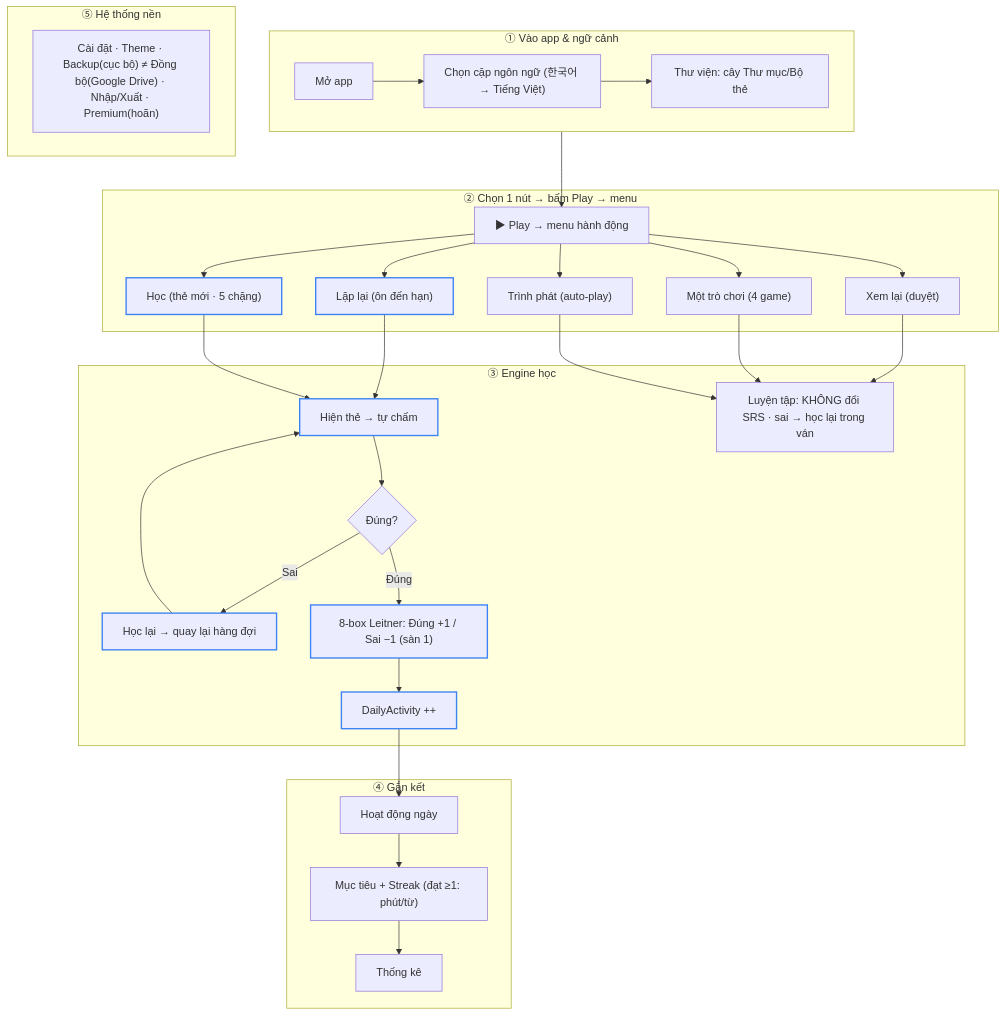
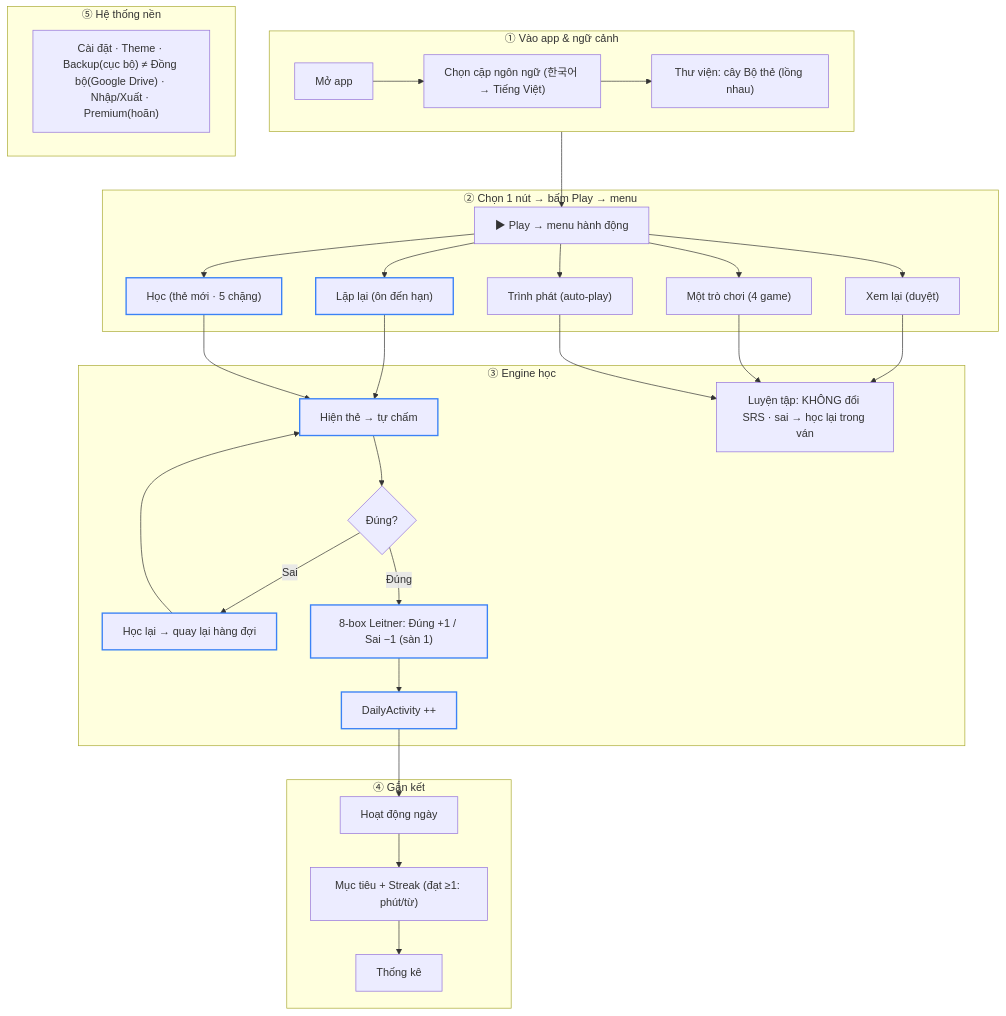
Before and after one commit to ntgptit/memox-v4: the diagram in docs/business/system/system-flow.md, drawn with Mermaid. The commit also changed other lines of this file and 28 other files, not shown here.

````diff
--- a/docs/business/system/system-flow.md
+++ b/docs/business/system/system-flow.md
@@ -10,44 +10,44 @@
 ```mermaid
 flowchart TD
   subgraph Z1["① Vào app & ngữ cảnh"]
     direction LR
-    A1["Mở app"] --> A2["Chọn cặp ngôn ngữ (한국어 → Tiếng Việt)"] --> A3["Thư viện: cây Thư mục/Bộ thẻ"]
+    A1["Mở app"] --> A2["Chọn cặp ngôn ngữ (한국어 → Tiếng Việt)"] --> A3["Thư viện: cây Bộ thẻ (lồng nhau)"]
   end
   subgraph Z2["② Chọn 1 nút → bấm Play → menu"]
     P["▶ Play → menu hành động"]
     M1["Lặp lại (ôn đến hạn)"]
     M2["Học (thẻ mới · 5 chặng)"]
     M3["Xem lại (duyệt)"]
     M4["Một trò chơi (4 game)"]
     M5["Trình phát (auto-play)"]
   end
   subgraph Z3["③ Engine học"]
     SH["Hiện thẻ → tự chấm"]
     DQ{"Đúng?"}
     RL["Học lại → quay lại hàng đợi"]
     LB["8-box Leitner: Đúng +1 / Sai −1 (sàn 1)"]
     DA["DailyActivity ++"]
     PR["Luyện tập: KHÔNG đổi SRS · sai → học lại trong ván"]
   end
   subgraph Z4["④ Gắn kết"]
     G1["Hoạt động ngày"] --> G2["Mục tiêu + Streak (đạt ≥1: phút/từ)"] --> G3["Thống kê"]
   end
   subgraph Z5["⑤ Hệ thống nền"]
     BG["Cài đặt · Theme · Backup(cục bộ) ≠ Đồng bộ(Google Drive) · Nhập/Xuất · Premium(hoãn)"]
   end
 
   A3 --> P
   P --> M1 & M2 & M3 & M4 & M5
   M1 --> SH
   M2 --> SH
   SH --> DQ
   DQ -- "Sai" --> RL --> SH
   DQ -- "Đúng" --> LB --> DA
   M3 --> PR
   M4 --> PR
   M5 --> PR
   DA --> G1
 
   class M1,M2,SH,RL,LB,DA srs
   classDef srs stroke:#3b82f6,stroke-width:2px;
 ```
````
